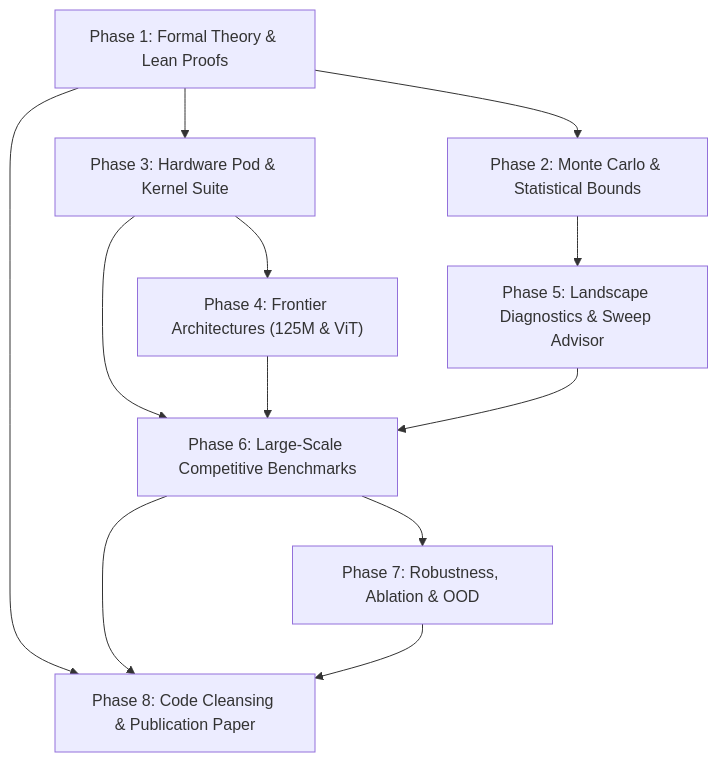
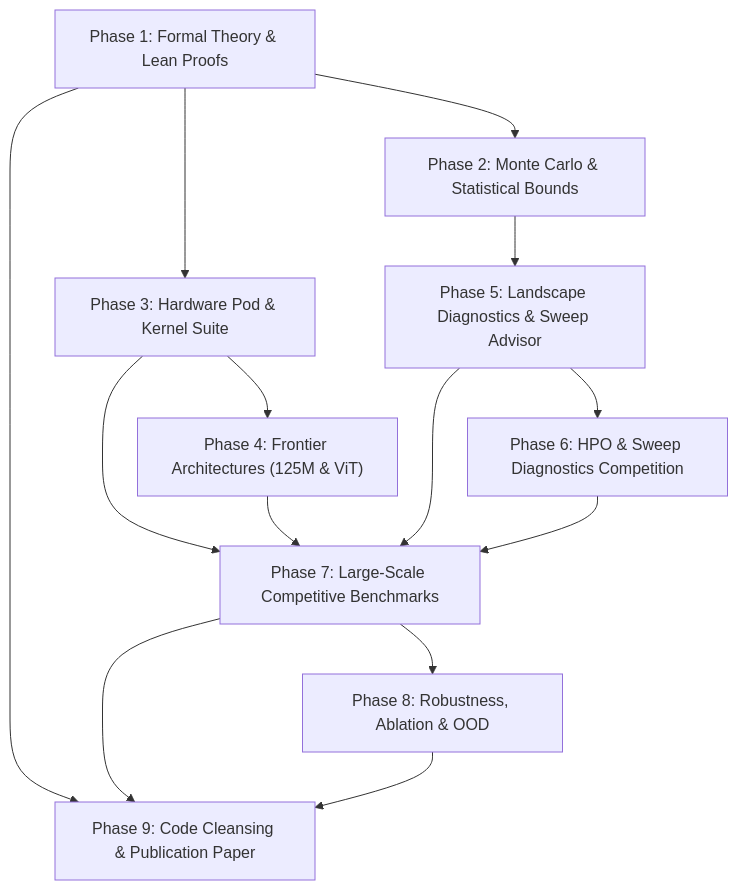
Before and after one commit to tasmaikeni13/atlas: the second of 2 diagrams in phases/README.md, drawn with Mermaid. The commit also changed other lines of this file and 13 other files, not shown here.

Commit message:
feat: add Phase 6 HPO peer competition and renumber phase pipeline to 9 phases

````diff
--- a/phases/README.md
+++ b/phases/README.md
@@ -116,14 +116,16 @@
 ```mermaid
 graph TD
     P1["Phase 1: Formal Theory & Lean Proofs"] --> P2["Phase 2: Monte Carlo & Statistical Bounds"]
     P1 --> P3["Phase 3: Hardware Pod & Kernel Suite"]
     P2 --> P5["Phase 5: Landscape Diagnostics & Sweep Advisor"]
     P3 --> P4["Phase 4: Frontier Architectures (125M & ViT)"]
-    P3 --> P6["Phase 6: Large-Scale Competitive Benchmarks"]
-    P4 --> P6
-    P5 --> P6
-    P6 --> P7["Phase 7: Robustness, Ablation & OOD"]
-    P1 --> P8["Phase 8: Code Cleansing & Publication Paper"]
-    P6 --> P8
-    P7 --> P8
+    P5 --> P6["Phase 6: HPO & Sweep Diagnostics Competition"]
+    P3 --> P7["Phase 7: Large-Scale Competitive Benchmarks"]
+    P4 --> P7
+    P5 --> P7
+    P6 --> P7
+    P7 --> P8["Phase 8: Robustness, Ablation & OOD"]
+    P1 --> P9["Phase 9: Code Cleansing & Publication Paper"]
+    P7 --> P9
+    P8 --> P9
 ```
````
